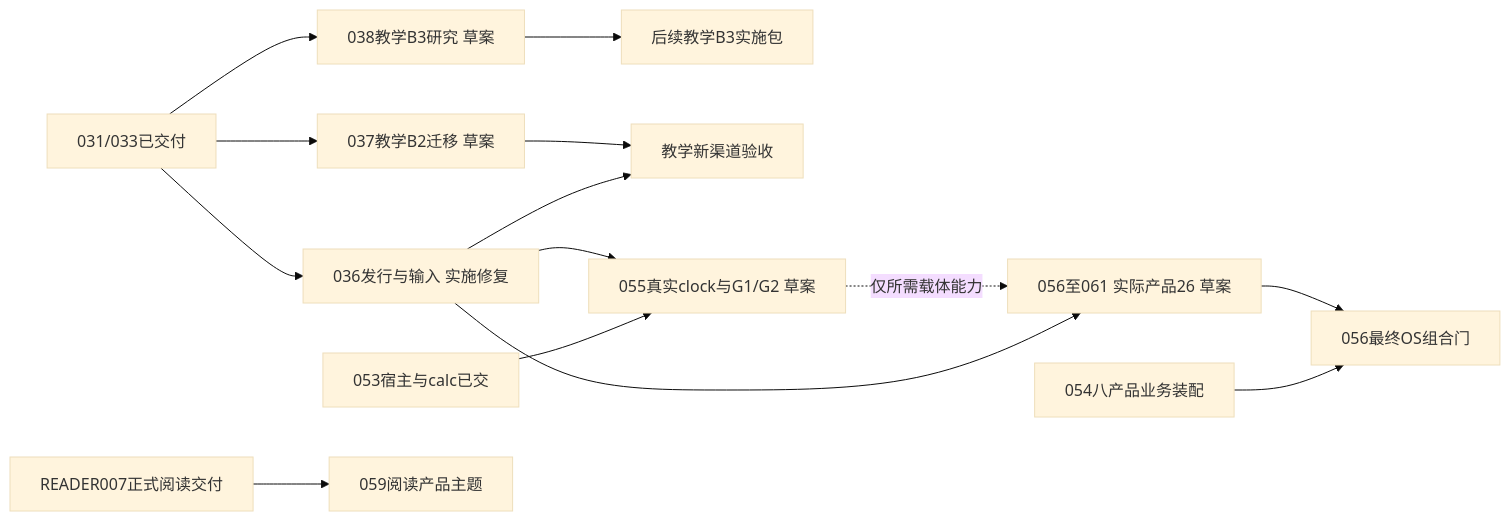
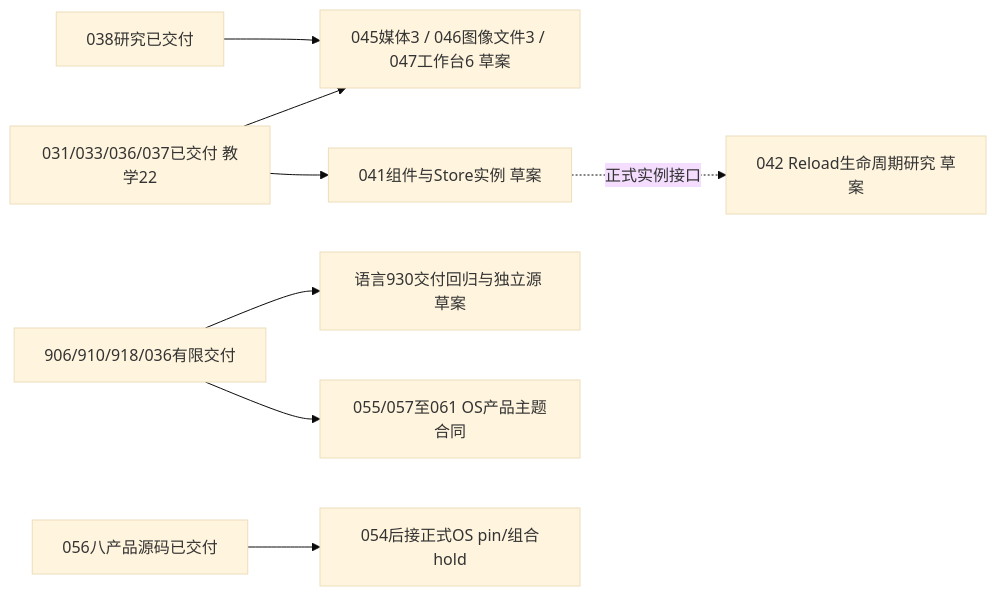
The first of 3 diagrams in docs/plans/reports/v06-extraction-execution-roadmap.md (auto-stack/auto-lang), drawn with Mermaid (base theme) before and after one commit. The commit also changed other lines of this file and 22 other files, not shown here.

````diff
--- a/docs/plans/reports/v06-extraction-execution-roadmap.md
+++ b/docs/plans/reports/v06-extraction-execution-roadmap.md
@@ -36,16 +42,10 @@
 ```mermaid
 flowchart LR
-    A[031/033已交付] --> P[036发行与输入 实施修复]
-    A --> D[037教学B2迁移 草案]
-    A --> R[038教学B3研究 草案]
-    R --> DL[后续教学B3实施包]
-    P --> DF[教学新渠道验收]
-    D --> DF
-    H[053宿主与calc已交] --> C[055真实clock与G1/G2 草案]
-    P --> C
-    P --> Products[056至061 实际产品26 草案]
-    F[054八产品业务装配] --> F1[056最终OS组合门]
-    Products --> F1
-    E[READER007正式阅读交付] --> Reader[059阅读产品主题]
-    C -. 仅所需载体能力 .-> Products
+    T[031/033/036/037已交付 教学22] --> B[045媒体3 / 046图像文件3 / 047工作台6 草案]
+    R[038研究已交付] --> B
+    T --> S[041组件与Store实例 草案]
+    S -. 正式实例接口 .-> H[042 Reload生命周期研究 草案]
+    U[906/910/918/036有限交付] --> L[语言930交付回归与独立源 草案]
+    U --> O[055/057至061 OS产品主题合同]
+    P[056八产品源码已交付] --> G[054后接正式OS pin/组合hold]
 ```
````
